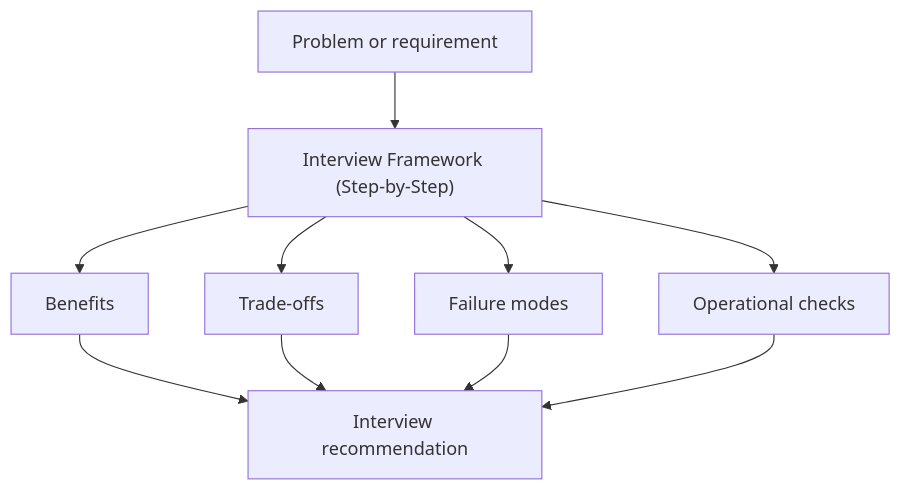
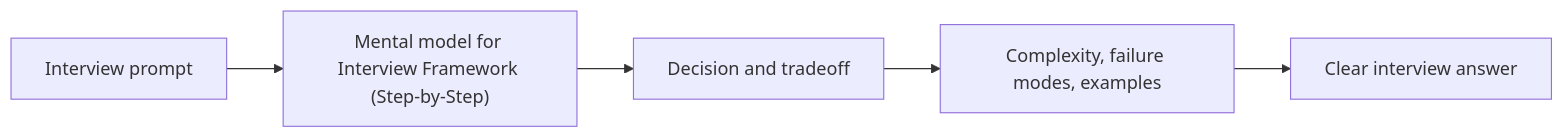
The diagram in interview-prep/interview-framework.md (abstractinterviews/abstractinterviews.github.io), drawn with Mermaid before and after one commit. The commit also changed other lines of this file and 278 other files, not shown here.

````diff
--- a/interview-prep/interview-framework.md
+++ b/interview-prep/interview-framework.md
@@ -75,12 +67,7 @@
-~~~mermaid
-flowchart TD
-    Problem["Problem or requirement"] --> Concept["Interview Framework (Step-by-Step)"]
-    Concept --> Benefits["Benefits"]
-    Concept --> Tradeoffs["Trade-offs"]
-    Concept --> FailureModes["Failure modes"]
-    Concept --> Operations["Operational checks"]
-    Benefits --> Decision["Interview recommendation"]
-    Tradeoffs --> Decision
-    FailureModes --> Decision
-    Operations --> Decision
-~~~
+```mermaid
+flowchart LR
+    Problem["Interview prompt"] --> Model["Mental model for Interview Framework (Step-by-Step)"]
+    Model --> Choice["Decision and tradeoff"]
+    Choice --> Evidence["Complexity, failure modes, examples"]
+    Evidence --> Answer["Clear interview answer"]
+```
````
